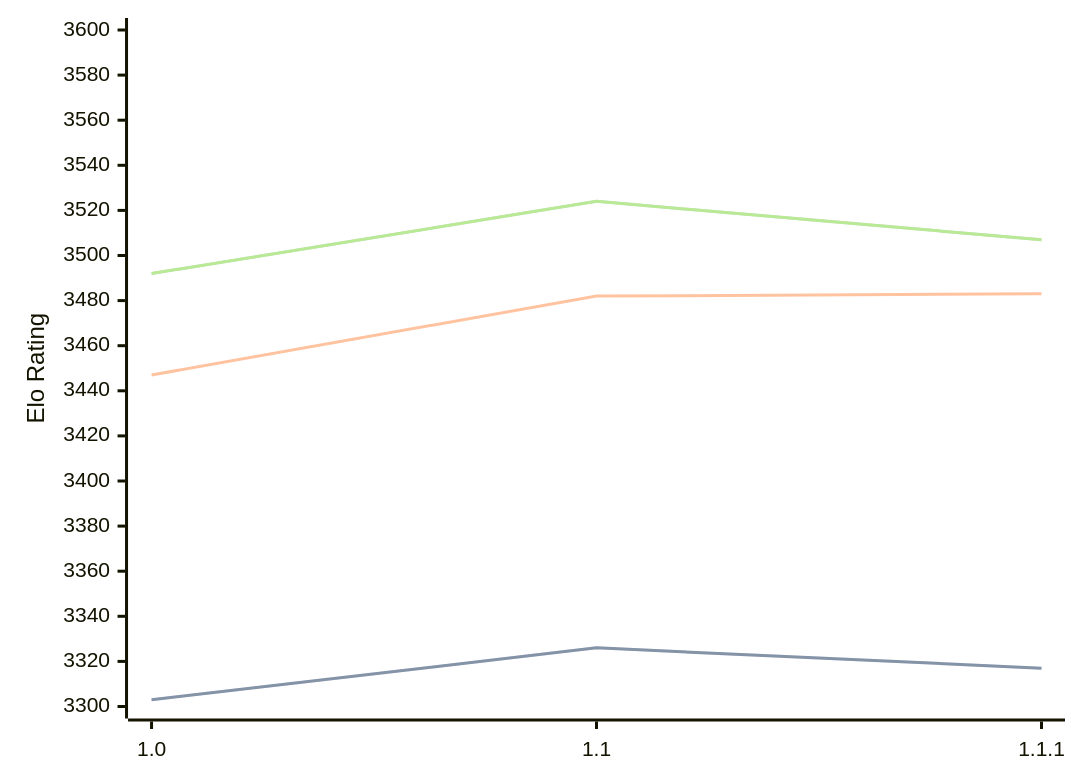
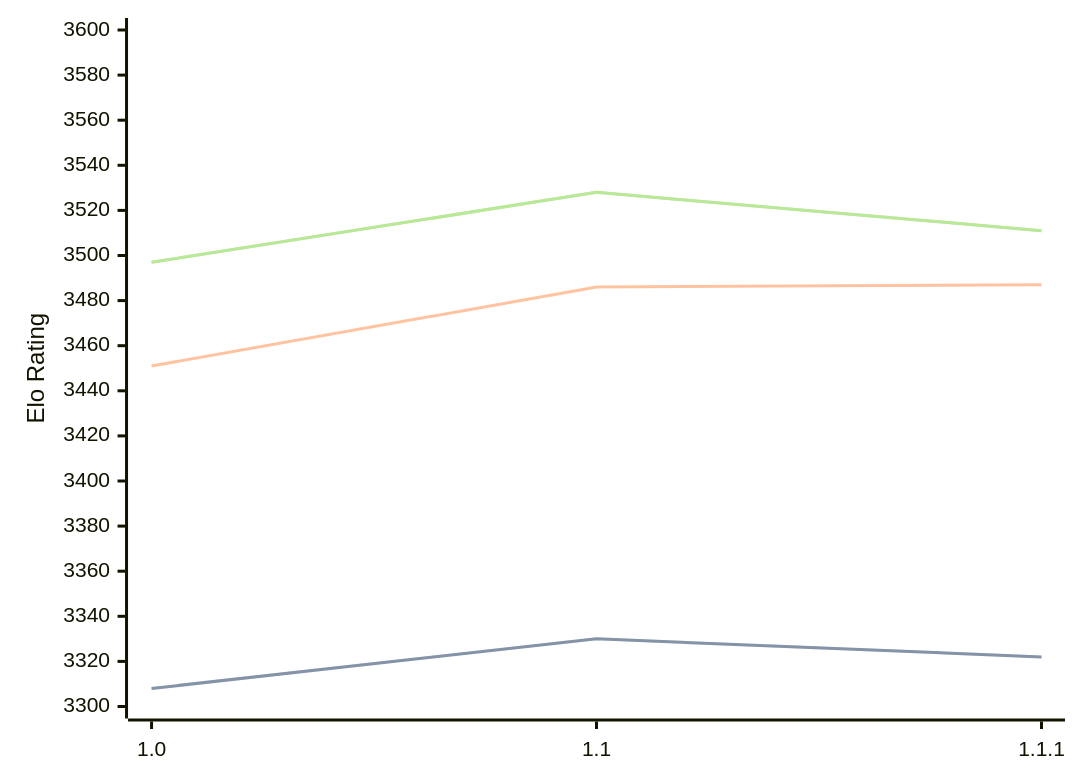
Before and after one commit to computer-chess-index/cci: the diagram in engines/Icarus.md, drawn with Mermaid. The commit also changed other lines of this file, not shown here.

Commit message:
Update CCI Ratings (ELO VLTC) - 2026-08-18

````diff
--- a/engines/Icarus.md
+++ b/engines/Icarus.md
@@ -33,11 +33,11 @@
 ```mermaid
 %%{init: {"theme":"base","themeVariables":{"seriesColors:['#a3a3a3','#222221','#faa371']}}}%%
 xychart-beta
   x-axis ["1.0", "1.1", "1.1.1"]
   y-axis "Elo Rating" 3300 --> 3600
-  line "STC (8.0+0.08s)" [3303, 3326, 3317]
-  line "STC (8.0+0.08s)" [3303, 3326, 3317]
-  line "LTC (60.0+0.60s)" [3447, 3482, 3483]
-  line "VLTC (2m24s+1.12s)" [3492, 3524, 3507]
-  line "VLTC (2m24s+1.12s)" [3492, 3524, 3507]
+  line "STC (8.0+0.08s)" [3308, 3330, 3322]
+  line "STC (8.0+0.08s)" [3308, 3330, 3322]
+  line "LTC (60.0+0.60s)" [3451, 3486, 3487]
+  line "VLTC (2m24s+1.12s)" [3497, 3528, 3511]
+  line "VLTC (2m24s+1.12s)" [3497, 3528, 3511]
 ```
````
